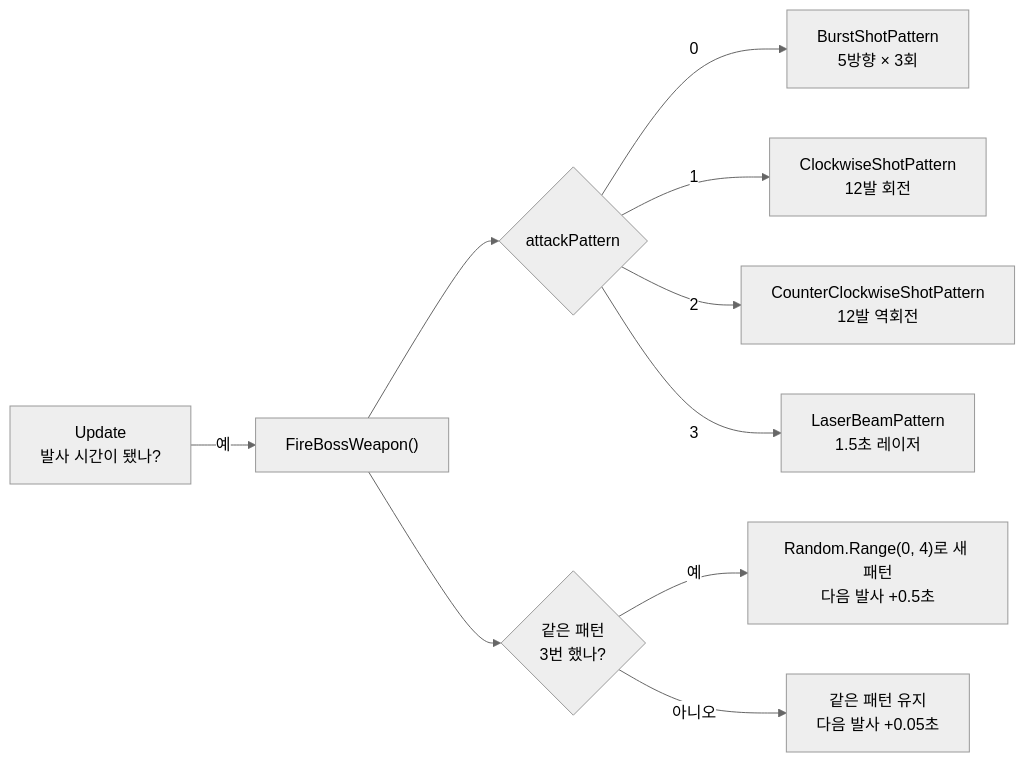
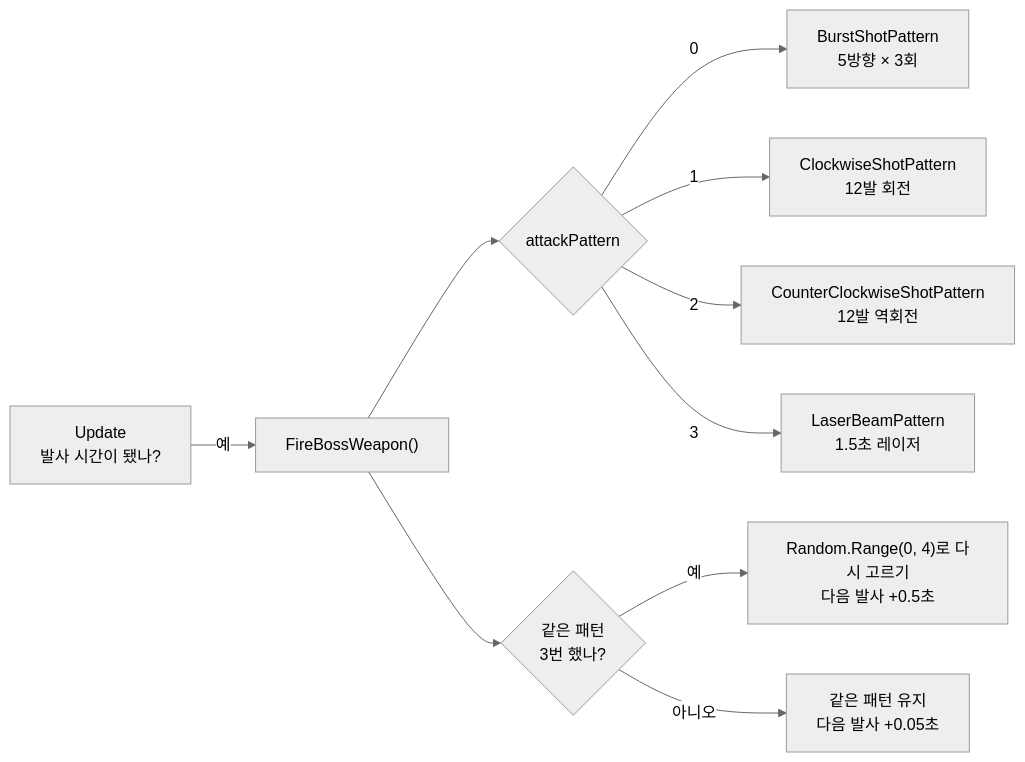
One commit to wjsdudgh99/portfolio-JYH changed the fourth of 4 diagrams in src/2-2d-project-strikers-lite/Strikers Lite 기술 문서.md. Above: the diagram before and after it, drawn with Mermaid (neutral theme). The commit also changed other lines of this file and 1 other file, not shown here.

````diff
--- a/src/2-2d-project-strikers-lite/Strikers Lite 기술 문서.md
+++ b/src/2-2d-project-strikers-lite/Strikers Lite 기술 문서.md
@@ -383,12 +324,12 @@
 ```mermaid
 flowchart LR
     U["Update<br/>발사 시간이 됐나?"] -->|"예"| F["FireBossWeapon()"]
     F --> S{"attackPattern"}
     S -->|"0"| P0["BurstShotPattern<br/>5방향 × 3회"]
     S -->|"1"| P1["ClockwiseShotPattern<br/>12발 회전"]
     S -->|"2"| P2["CounterClockwiseShotPattern<br/>12발 역회전"]
     S -->|"3"| P3["LaserBeamPattern<br/>1.5초 레이저"]
     F --> C{"같은 패턴<br/>3번 했나?"}
-    C -->|"예"| R["Random.Range(0, 4)로 새 패턴<br/>다음 발사 +0.5초"]
+    C -->|"예"| R["Random.Range(0, 4)로 다시 고르기<br/>다음 발사 +0.5초"]
     C -->|"아니오"| N["같은 패턴 유지<br/>다음 발사 +0.05초"]
 ```
````
